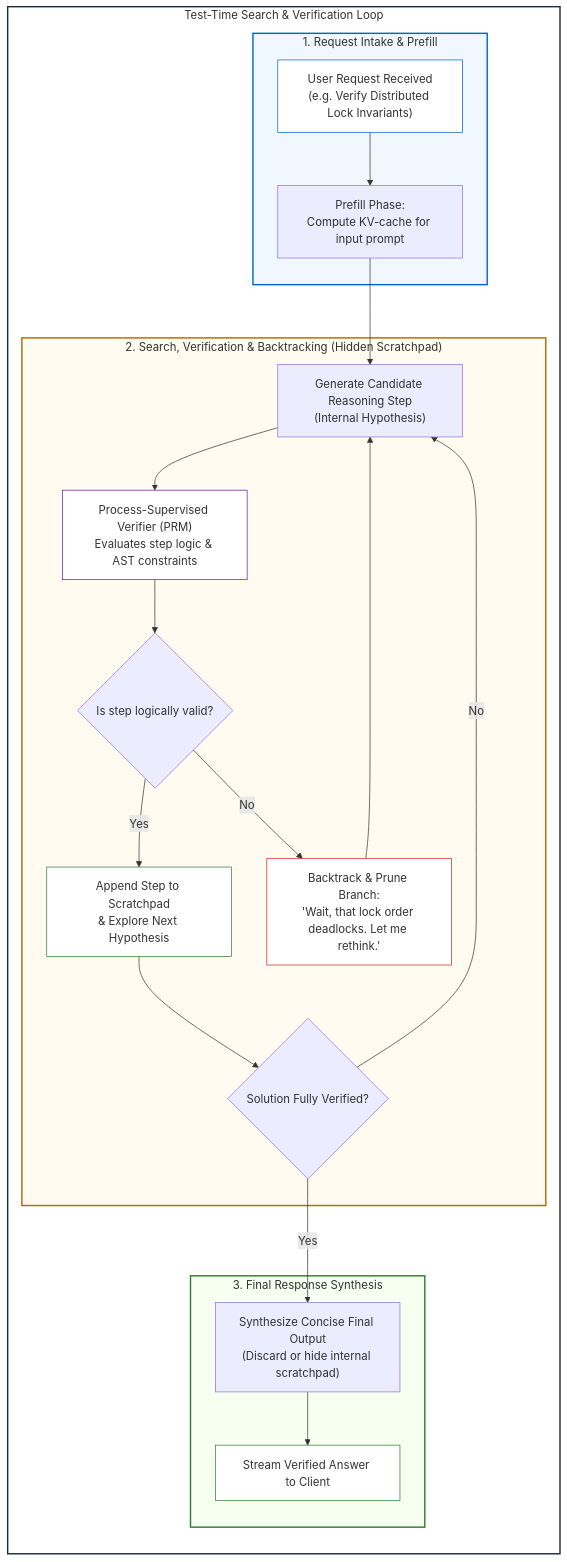
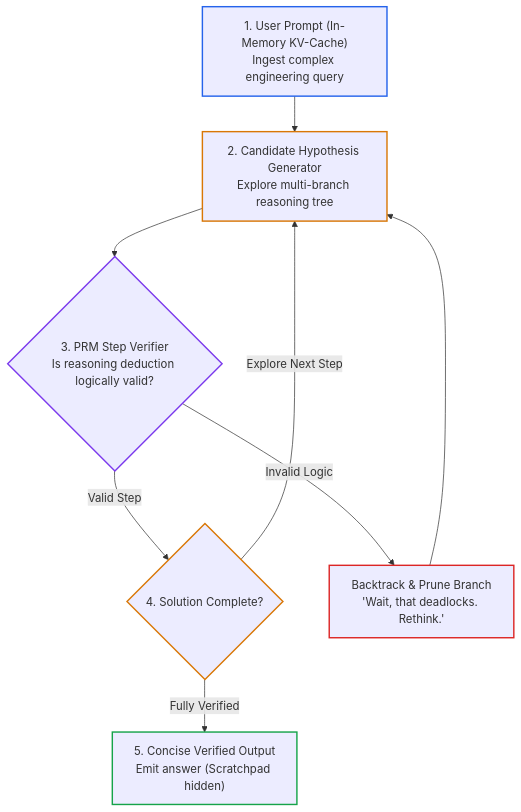
One commit to dip4k/senior-engineer-to-ai-engineer-roadmap changed the first of 3 diagrams in 00-foundations-and-token-mechanics/04-test-time-compute-and-reasoning-models.md. Above: the diagram before and after it, drawn with Mermaid. The commit also changed other lines of this file and 15 other files, not shown here.

First line of the commit message:
feat(curriculum): theme-adaptive diagrams, low-node modular flows, and Phase 00 beginner-style refactor

````diff
--- a/00-foundations-and-token-mechanics/04-test-time-compute-and-reasoning-models.md
+++ b/00-foundations-and-token-mechanics/04-test-time-compute-and-reasoning-models.md
@@ -72,49 +72,17 @@
 ```mermaid
 flowchart TD
-    subgraph TEST_TIME["Test-Time Search & Verification Loop"]
-        direction TB
+    Prompt["1. User Prompt (In-Memory KV-Cache)<br>Ingest complex engineering query"] --> Search["2. Candidate Hypothesis Generator<br>Explore multi-branch reasoning tree"]
+    Search --> PRM{"3. PRM Step Verifier<br>Is reasoning deduction logically valid?"}
+    PRM -- "Valid Step" --> Check{"4. Solution Complete?"}
+    PRM -- "Invalid Logic" --> Backtrack["Backtrack & Prune Branch<br>'Wait, that deadlocks. Rethink.'"]
+    Backtrack --> Search
+    Check -- "Explore Next Step" --> Search
+    Check -- "Fully Verified" --> Out["5. Concise Verified Output<br>Emit answer (Scratchpad hidden)"]
 
-        subgraph INTAKE["1. Request Intake & Prefill"]
-            Prompt["User Request Received<br>(e.g. Verify Distributed Lock Invariants)"]
-            PreFill["Prefill Phase:<br>Compute KV-cache for input prompt"]
-            Prompt --> PreFill
-        end
-
-        subgraph SEARCH_LOOP["2. Search, Verification & Backtracking (Hidden Scratchpad)"]
-            CoT["Generate Candidate Reasoning Step<br>(Internal Hypothesis)"]
-            PRM["Process-Supervised Verifier (PRM)<br>Evaluates step logic & AST constraints"]
-            Valid{"Is step logically valid?"}
-            NextStep["Append Step to Scratchpad<br>& Explore Next Hypothesis"]
-            Backtrack["Backtrack & Prune Branch:<br>'Wait, that lock order deadlocks. Let me rethink.'"]
-            CheckDone{"Solution Fully Verified?"}
-
-            PreFill --> CoT
-            CoT --> PRM
-            PRM --> Valid
-            Valid -- "Yes" --> NextStep
-            Valid -- "No" --> Backtrack
-            Backtrack --> CoT
-            NextStep --> CheckDone
-            CheckDone -- "No" --> CoT
-        end
-
-        subgraph SYNTHESIS["3. Final Response Synthesis"]
-            FinalDecode["Synthesize Concise Final Output<br>(Discard or hide internal scratchpad)"]
-            Response["Stream Verified Answer to Client"]
-
-            CheckDone -- "Yes" --> FinalDecode
-            FinalDecode --> Response
-        end
-    end
-
-    style TEST_TIME fill:#ffffff,stroke:#1e293b,stroke-width:2px
-    style INTAKE fill:#f0f7ff,stroke:#0066cc,stroke-width:2px
-    style SEARCH_LOOP fill:#fffbf0,stroke:#b26b00,stroke-width:2px
-    style SYNTHESIS fill:#f6fff0,stroke:#2e7d32,stroke-width:2px
-
-    style Prompt fill:#ffffff,stroke:#0066cc,stroke-width:1px
-    style PRM fill:#ffffff,stroke:#6a1b9a,stroke-width:1px
-    style Backtrack fill:#ffffff,stroke:#c62828,stroke-width:1px
-    style NextStep fill:#ffffff,stroke:#2e7d32,stroke-width:1px
-    style Response fill:#ffffff,stroke:#2e7d32,stroke-width:1px
+    style Prompt stroke:#2563eb,stroke-width:2px
+    style Search stroke:#d97706,stroke-width:2px
+    style PRM stroke:#7c3aed,stroke-width:2px
+    style Backtrack stroke:#dc2626,stroke-width:2px
+    style Check stroke:#d97706,stroke-width:2px
+    style Out stroke:#16a34a,stroke-width:2px
 ```
````
